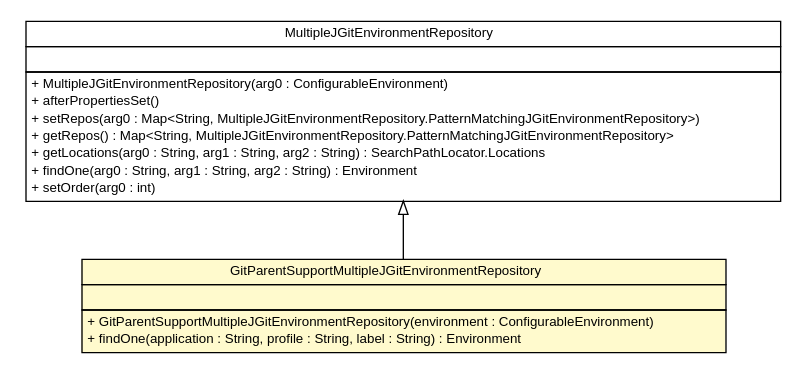
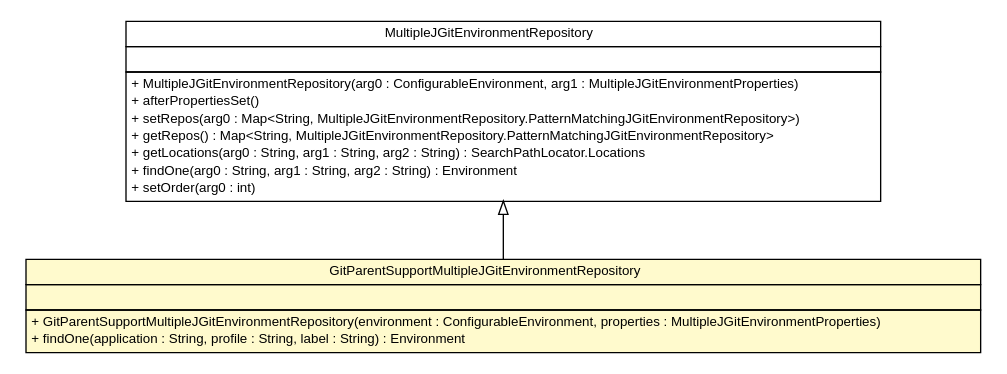
The diagram in snapshot/build-docker/maven-build-java8/spring-cloud-config/spring-cloud-config-server/apidocs/cn/home1/cloud/config/server/environment/GitParentSupportMultipleJGitEnvironmentRepository.dot (sfeng9d/spring-cloud-config), drawn with Graphviz before and after one commit. The commit also changed 215 other files, not shown here.

Commit message:
Creating site for spring-cloud-config-server-2.0.1-springboot2-SNAPSHOT

```diff
--- a/snapshot/build-docker/maven-build-java8/spring-cloud-config/spring-cloud-config-server/apidocs/cn/home1/cloud/config/server/environment/GitParentSupportMultipleJGitEnvironmentRepository.dot
+++ b/snapshot/build-docker/maven-build-java8/spring-cloud-config/spring-cloud-config-server/apidocs/cn/home1/cloud/config/server/environment/GitParentSupportMultipleJGitEnvironmentRepository.dot
@@ -1,45 +1,45 @@
 #!/usr/local/bin/dot
 #
 # Class diagram 
 # Generated by UMLGraph version R5_6-24-gf6e263 (http://www.umlgraph.org/)
 #
 
 digraph G {
 	edge [fontname="Helvetica",fontsize=10,labelfontname="Helvetica",labelfontsize=10];
 	node [fontname="Helvetica",fontsize=10,shape=plaintext];
 	nodesep=0.25;
 	ranksep=0.5;
 	// cn.home1.cloud.config.server.environment.GitParentSupportMultipleJGitEnvironmentRepository
-	c283 [label=<<table title="cn.home1.cloud.config.server.environment.GitParentSupportMultipleJGitEnvironmentRepository" border="0" cellborder="1" cellspacing="0" cellpadding="2" port="p" bgcolor="lemonChiffon" href="./GitParentSupportMultipleJGitEnvironmentRepository.html">
+	c298 [label=<<table title="cn.home1.cloud.config.server.environment.GitParentSupportMultipleJGitEnvironmentRepository" border="0" cellborder="1" cellspacing="0" cellpadding="2" port="p" bgcolor="lemonChiffon" href="./GitParentSupportMultipleJGitEnvironmentRepository.html">
 		<tr><td><table border="0" cellspacing="0" cellpadding="1">
 <tr><td align="center" balign="center"> GitParentSupportMultipleJGitEnvironmentRepository </td></tr>
 		</table></td></tr>
 		<tr><td><table border="0" cellspacing="0" cellpadding="1">
 <tr><td align="left" balign="left">  </td></tr>
 		</table></td></tr>
 		<tr><td><table border="0" cellspacing="0" cellpadding="1">
-<tr><td align="left" balign="left"> + GitParentSupportMultipleJGitEnvironmentRepository(environment : ConfigurableEnvironment) </td></tr>
+<tr><td align="left" balign="left"> + GitParentSupportMultipleJGitEnvironmentRepository(environment : ConfigurableEnvironment, properties : MultipleJGitEnvironmentProperties) </td></tr>
 <tr><td align="left" balign="left"> + findOne(application : String, profile : String, label : String) : Environment </td></tr>
 		</table></td></tr>
 		</table>>, URL="./GitParentSupportMultipleJGitEnvironmentRepository.html", fontname="Helvetica", fontcolor="black", fontsize=10.0];
 	//cn.home1.cloud.config.server.environment.GitParentSupportMultipleJGitEnvironmentRepository extends org.springframework.cloud.config.server.environment.MultipleJGitEnvironmentRepository
-	c296:p -> c283:p [dir=back,arrowtail=empty];
+	c311:p -> c298:p [dir=back,arrowtail=empty];
 	// org.springframework.cloud.config.server.environment.MultipleJGitEnvironmentRepository
-	c296 [label=<<table title="org.springframework.cloud.config.server.environment.MultipleJGitEnvironmentRepository" border="0" cellborder="1" cellspacing="0" cellpadding="2" port="p" href="http://java.sun.com/j2se/1.4.2/docs/api/org/springframework/cloud/config/server/environment/MultipleJGitEnvironmentRepository.html">
+	c311 [label=<<table title="org.springframework.cloud.config.server.environment.MultipleJGitEnvironmentRepository" border="0" cellborder="1" cellspacing="0" cellpadding="2" port="p" href="http://java.sun.com/j2se/1.4.2/docs/api/org/springframework/cloud/config/server/environment/MultipleJGitEnvironmentRepository.html">
 		<tr><td><table border="0" cellspacing="0" cellpadding="1">
 <tr><td align="center" balign="center"> MultipleJGitEnvironmentRepository </td></tr>
 		</table></td></tr>
 		<tr><td><table border="0" cellspacing="0" cellpadding="1">
 <tr><td align="left" balign="left">  </td></tr>
 		</table></td></tr>
 		<tr><td><table border="0" cellspacing="0" cellpadding="1">
-<tr><td align="left" balign="left"> + MultipleJGitEnvironmentRepository(arg0 : ConfigurableEnvironment) </td></tr>
+<tr><td align="left" balign="left"> + MultipleJGitEnvironmentRepository(arg0 : ConfigurableEnvironment, arg1 : MultipleJGitEnvironmentProperties) </td></tr>
 <tr><td align="left" balign="left"> + afterPropertiesSet() </td></tr>
 <tr><td align="left" balign="left"> + setRepos(arg0 : Map&lt;String, MultipleJGitEnvironmentRepository.PatternMatchingJGitEnvironmentRepository&gt;) </td></tr>
 <tr><td align="left" balign="left"> + getRepos() : Map&lt;String, MultipleJGitEnvironmentRepository.PatternMatchingJGitEnvironmentRepository&gt; </td></tr>
 <tr><td align="left" balign="left"> + getLocations(arg0 : String, arg1 : String, arg2 : String) : SearchPathLocator.Locations </td></tr>
 <tr><td align="left" balign="left"> + findOne(arg0 : String, arg1 : String, arg2 : String) : Environment </td></tr>
 <tr><td align="left" balign="left"> + setOrder(arg0 : int) </td></tr>
 		</table></td></tr>
 		</table>>, URL="http://java.sun.com/j2se/1.4.2/docs/api/org/springframework/cloud/config/server/environment/MultipleJGitEnvironmentRepository.html", fontname="Helvetica", fontcolor="black", fontsize=10.0];
 }
```
